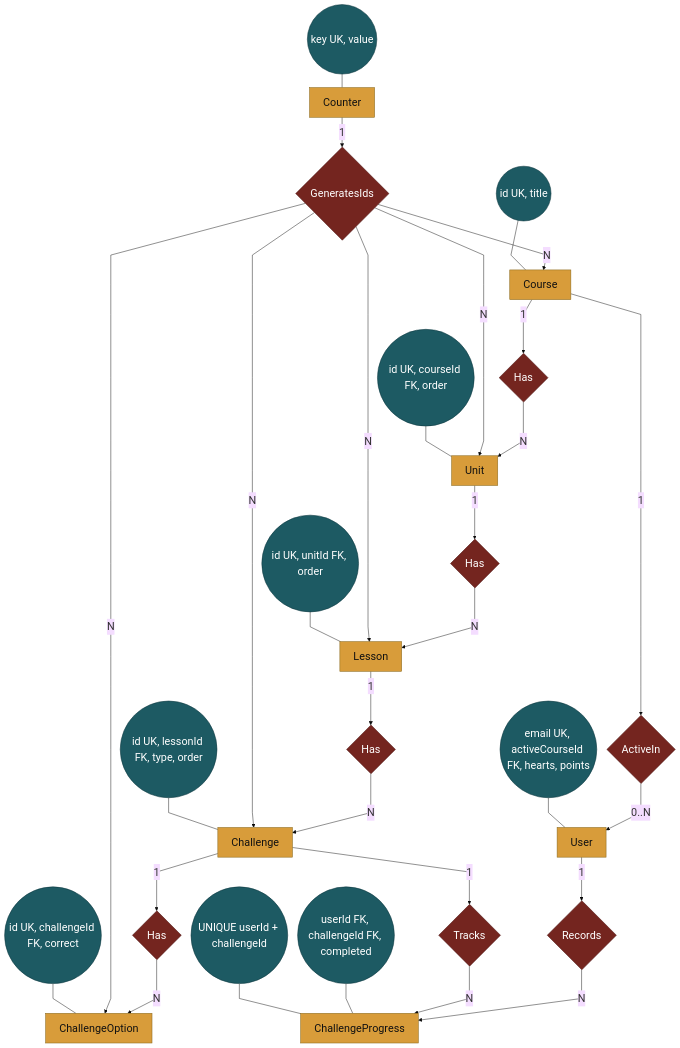
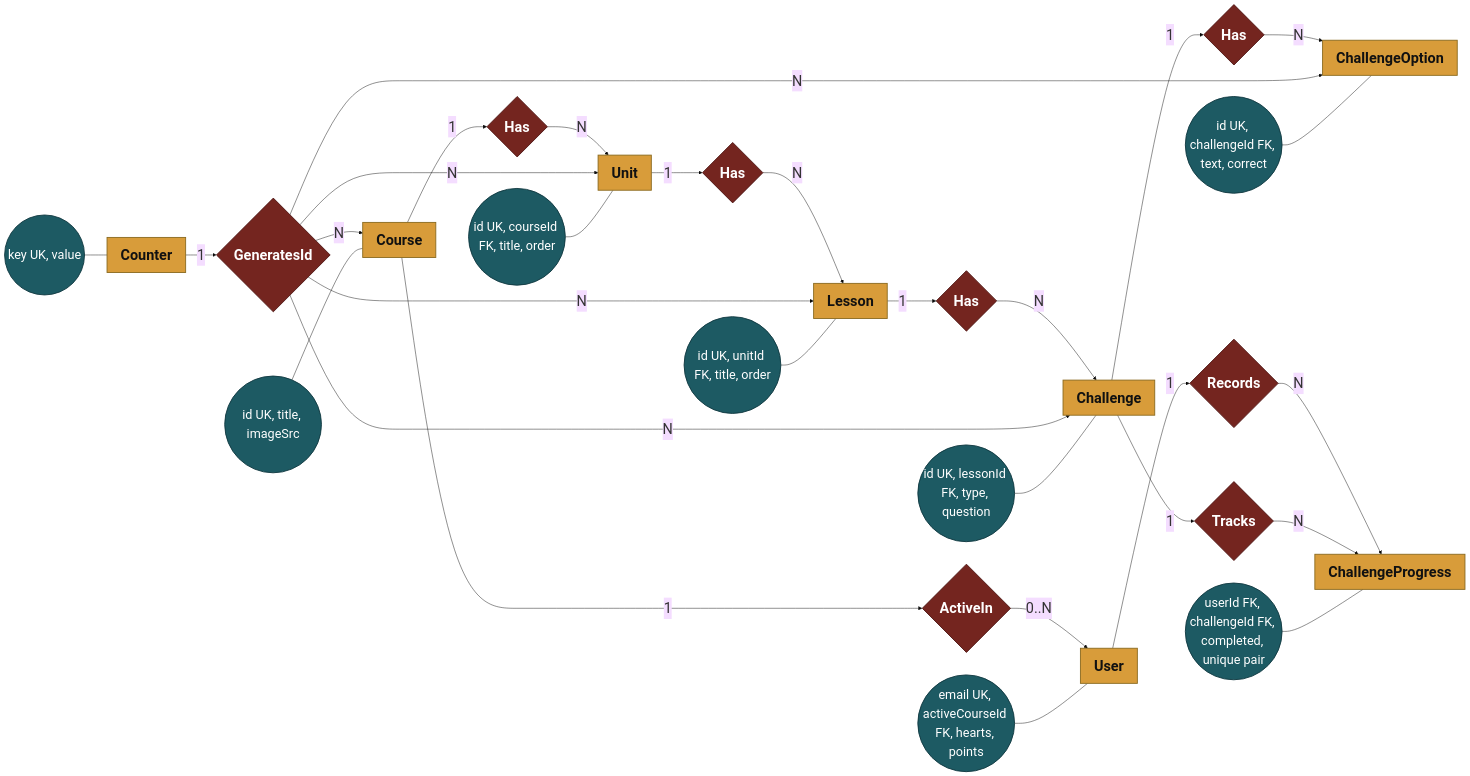
One commit to RaoAdii/speak-ease changed the diagram in er.md. Above: the diagram before and after it, drawn with Mermaid.

Commit message:
ER Updated

````diff
--- a/er.md
+++ b/er.md
@@ -5,60 +5,55 @@
 ```mermaid
-%%{init: {'theme': 'base', 'themeVariables': { 'fontSize': '24px' }, 'flowchart': { 'nodeSpacing': 22, 'rankSpacing': 30, 'curve': 'linear' } }}%%
-flowchart TB
-    %% Entities
-    E_COURSE[Course]
-    E_UNIT[Unit]
-    E_LESSON[Lesson]
-    E_CHALLENGE[Challenge]
-    E_OPTION[ChallengeOption]
-    E_USER[User]
-    E_PROGRESS[ChallengeProgress]
-    E_COUNTER[Counter]
+%%{init: {'theme': 'base', 'themeVariables': {'fontSize': '32px'}}}%%
+flowchart LR
+    %% Compact Chen-style ERD matching the reference look
+    C["Course<br/> "]
+    U["Unit<br/> "]
+    L["Lesson<br/> "]
+    CH["Challenge<br/> "]
+    O["ChallengeOption<br/> "]
+    US["User<br/> "]
+    CP["ChallengeProgress<br/> "]
+    CT["Counter<br/> "]
 
-    %% Relationships
-    R_CU{Has}
-    R_UL{Has}
-    R_LC{Has}
-    R_CO{Has}
-    R_UP{Records}
-    R_CP{Tracks}
-    R_ACTIVE{ActiveIn}
-    R_SEQ{GeneratesIds}
+    R1{"Has<br/>"}
+    R2{"Has<br/>"}
+    R3{"Has<br/>"}
+    R4{"Has<br/>"}
+    R5{"Records<br/>"}
+    R6{"Tracks<br/>"}
+    R7{"ActiveIn<br/>"}
+    R8{"GeneratesId<br/>"}
 
-    %% Core links with cardinality
-    E_COURSE -->|1| R_CU -->|N| E_UNIT
-    E_UNIT -->|1| R_UL -->|N| E_LESSON
-    E_LESSON -->|1| R_LC -->|N| E_CHALLENGE
-    E_CHALLENGE -->|1| R_CO -->|N| E_OPTION
+    C -->|1| R1 -->|N| U
+    U -->|1| R2 -->|N| L
+    L -->|1| R3 -->|N| CH
+    CH -->|1| R4 -->|N| O
 
-    E_USER -->|1| R_UP -->|N| E_PROGRESS
-    E_CHALLENGE -->|1| R_CP -->|N| E_PROGRESS
-    E_COURSE -->|1| R_ACTIVE -->|0..N| E_USER
+    US -->|1| R5 -->|N| CP
+    CH -->|1| R6 -->|N| CP
+    C -->|1| R7 -->|0..N| US
 
-    E_COUNTER -->|1| R_SEQ
-    R_SEQ -->|N| E_COURSE
-    R_SEQ -->|N| E_UNIT
-    R_SEQ -->|N| E_LESSON
-    R_SEQ -->|N| E_CHALLENGE
-    R_SEQ -->|N| E_OPTION
+    CT -->|1| R8 -->|N| C
+    R8 -->|N| U
+    R8 -->|N| L
+    R8 -->|N| CH
+    R8 -->|N| O
 
-    %% Compact attribute set (for readability)
-    A_COURSE((id UK, title)) --- E_COURSE
-    A_UNIT((id UK, courseId FK, order)) --- E_UNIT
-    A_LESSON((id UK, unitId FK, order)) --- E_LESSON
-    A_CHALLENGE((id UK, lessonId FK, type, order)) --- E_CHALLENGE
-    A_OPTION((id UK, challengeId FK, correct)) --- E_OPTION
-    A_USER((email UK, activeCourseId FK, hearts, points)) --- E_USER
-    A_PROGRESS((userId FK, challengeId FK, completed)) --- E_PROGRESS
-    A_PROGRESS_U((UNIQUE userId + challengeId)) --- E_PROGRESS
-    A_COUNTER((key UK, value)) --- E_COUNTER
+    %% Grouped attributes (single oval per entity for compactness)
+    AC(( id UK, title, imageSrc )) --- C
+    AU(( id UK, courseId FK, title, order )) --- U
+    AL(( id UK, unitId FK, title, order )) --- L
+    ACH(( id UK, lessonId FK, type, question )) --- CH
+    AO(( id UK, challengeId FK, text, correct )) --- O
+    AUS(( email UK, activeCourseId FK, hearts, points )) --- US
+    ACP(( userId FK, challengeId FK, completed, unique pair )) --- CP
+    ACT(( key UK, value )) --- CT
 
-    %% Style similar to your image
-    classDef entity fill:#d89c3a,stroke:#8a6a1f,color:#111,stroke-width:1.2px;
-    classDef relation fill:#74251f,stroke:#4e1613,color:#fff,stroke-width:1.2px;
-    classDef attribute fill:#1d5a63,stroke:#103840,color:#fff,stroke-width:1.2px;
+    classDef entity fill:#d89c3a,stroke:#8a6a1f,color:#111,stroke-width:2px,font-size:32px,font-weight:bold;
+    classDef relation fill:#74251f,stroke:#4e1613,color:#fff,stroke-width:2px,font-size:32px,font-weight:bold;
+    classDef attribute fill:#1d5a63,stroke:#103840,color:#fff,stroke-width:2px,font-size:28px;
 
-    class E_COURSE,E_UNIT,E_LESSON,E_CHALLENGE,E_OPTION,E_USER,E_PROGRESS,E_COUNTER entity;
-    class R_CU,R_UL,R_LC,R_CO,R_UP,R_CP,R_ACTIVE,R_SEQ relation;
-    class A_COURSE,A_UNIT,A_LESSON,A_CHALLENGE,A_OPTION,A_USER,A_PROGRESS,A_PROGRESS_U,A_COUNTER attribute;
+    class C,U,L,CH,O,US,CP,CT entity;
+    class R1,R2,R3,R4,R5,R6,R7,R8 relation;
+    class AC,AU,AL,ACH,AO,AUS,ACP,ACT attribute;
 ```
````
